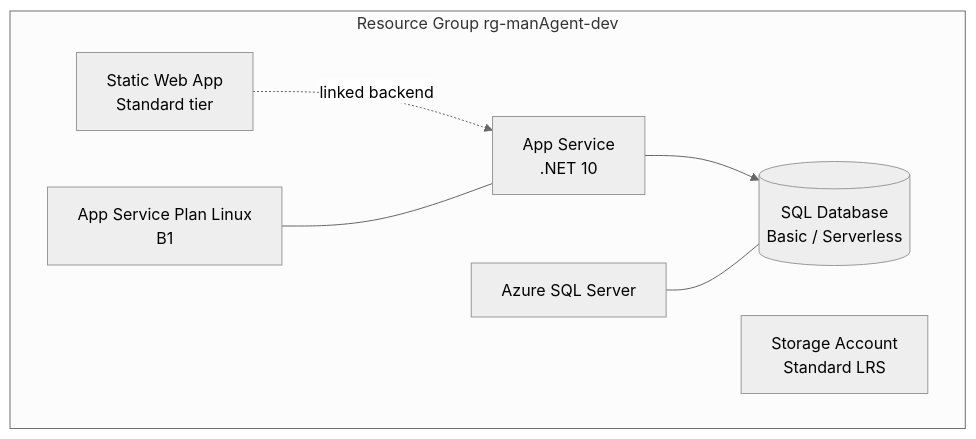
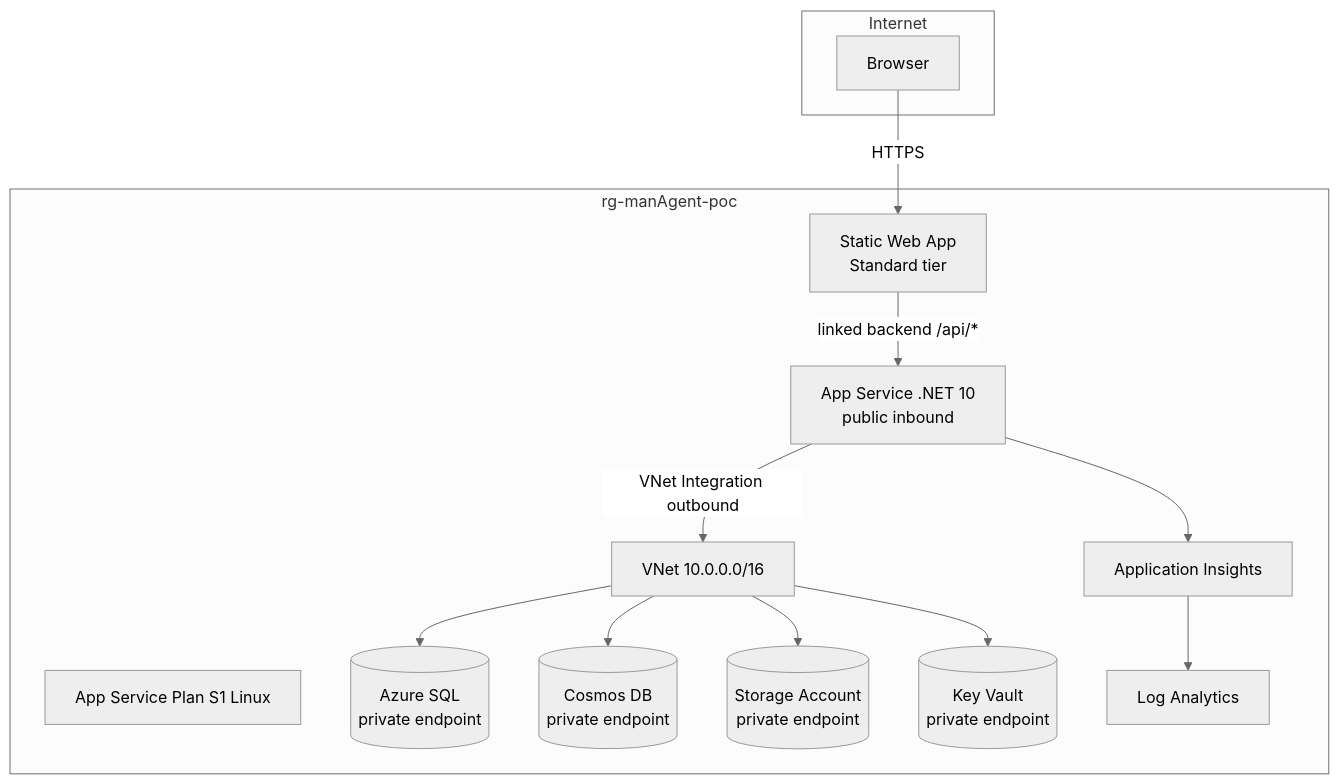
Before and after one commit to stefanopetriagic/TeamFit: the sixth of 7 diagrams in docs/architecture.md, drawn with Mermaid (neutral theme). The commit also changed other lines of this file and 1 other file, not shown here.

````diff
--- a/docs/architecture.md
+++ b/docs/architecture.md
@@ -98,16 +107,28 @@
 ```mermaid
 flowchart TB
-  subgraph RG[Resource Group rg-manAgent-dev]
-    SWA[Static Web App<br/>Standard tier]
-    Plan[App Service Plan Linux<br/>B1]
-    API[App Service<br/>.NET 10]
-    SQL[Azure SQL Server]
-    DB[(SQL Database<br/>Basic / Serverless)]
-    ST[Storage Account<br/>Standard LRS]
+  subgraph Internet
+    User[Browser]
   end
 
-  SWA -. linked backend .-> API
-  API --> DB
-  Plan --- API
-  SQL --- DB
+  subgraph RG[rg-manAgent-poc]
+    SWA[Static Web App\nStandard tier]
+    Plan[App Service Plan S1 Linux]
+    API[App Service .NET 10\npublic inbound]
+    VNet[VNet 10.0.0.0/16]
+    SQL[(Azure SQL\nprivate endpoint)]
+    Cosmos[(Cosmos DB\nprivate endpoint)]
+    ST[(Storage Account\nprivate endpoint)]
+    KV[(Key Vault\nprivate endpoint)]
+    LAW[Log Analytics]
+    APPI[Application Insights]
+  end
+
+  User -->|HTTPS| SWA
+  SWA -->|linked backend /api/*| API
+  API -->|VNet Integration outbound| VNet
+  VNet --> SQL
+  VNet --> Cosmos
+  VNet --> ST
+  VNet --> KV
+  API --> APPI --> LAW
 ```
````
